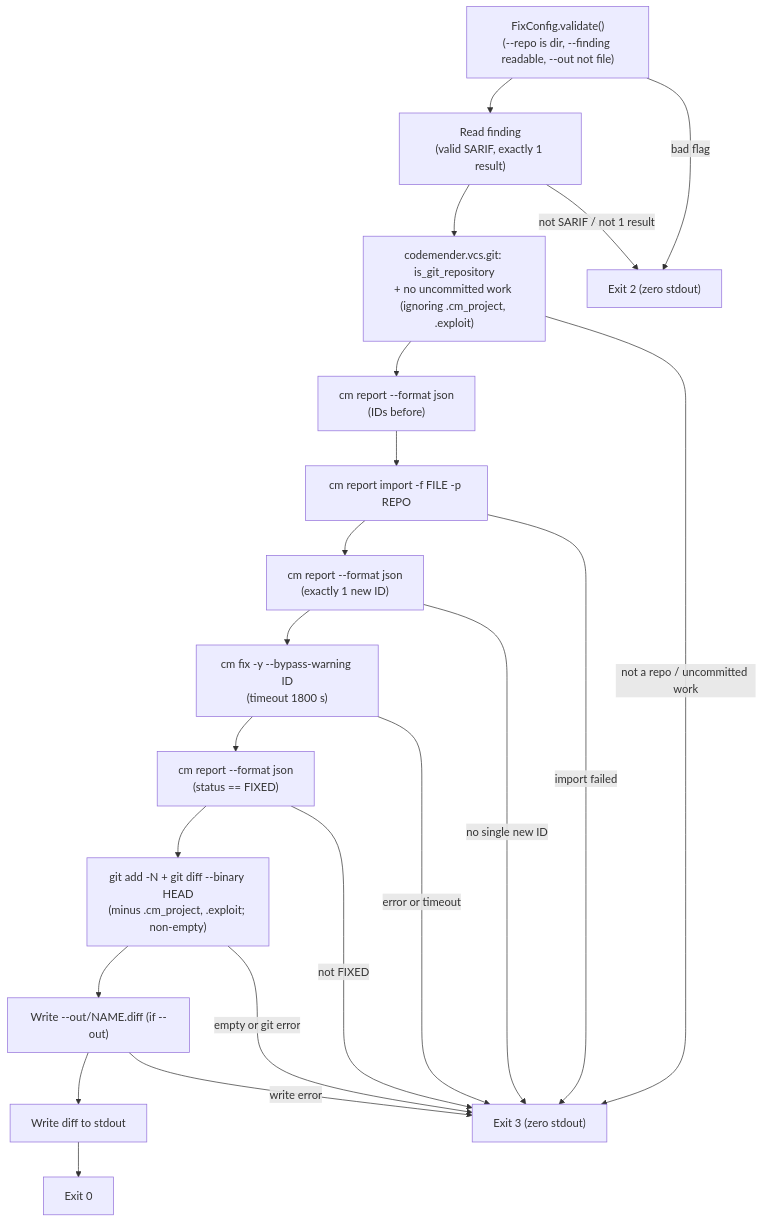
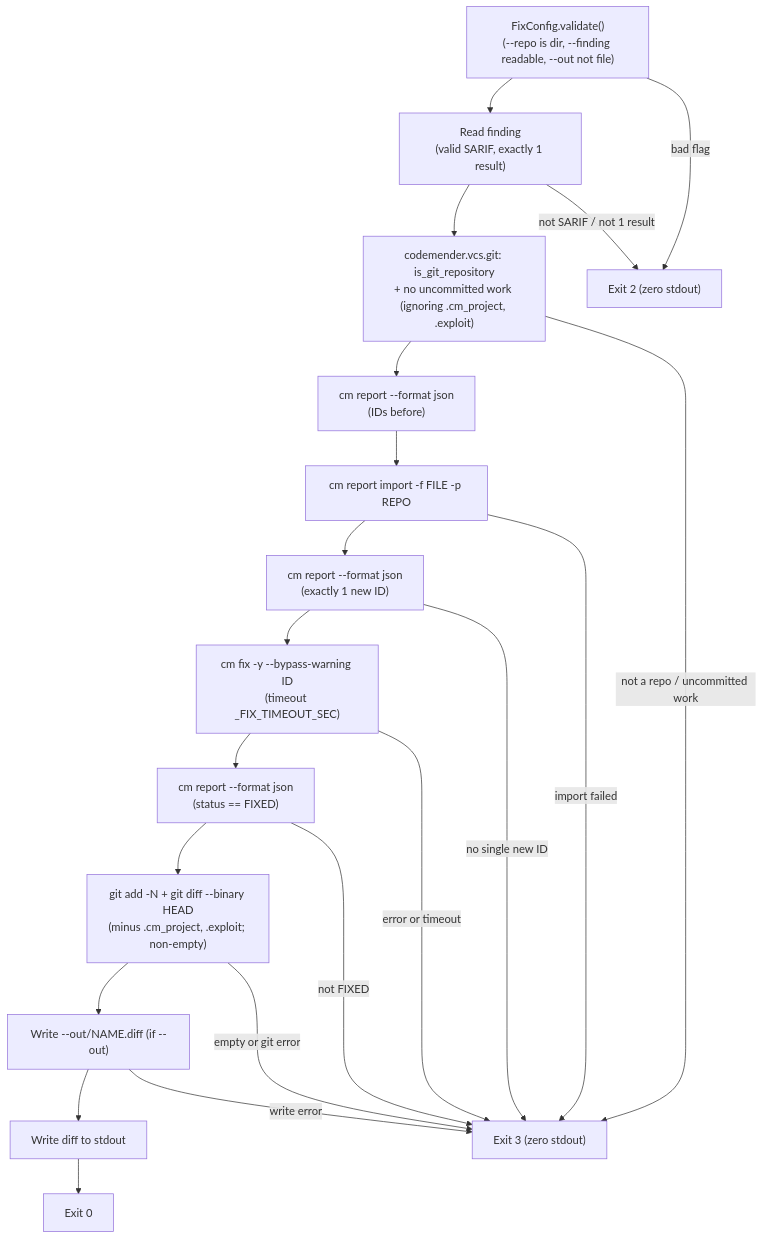
Before and after one commit to avnit/codemender-runner-mcp: the diagram in docs/openspec/specs/fix/design.md, drawn with Mermaid. The commit also changed other lines of this file and 10 other files, not shown here.

````diff
--- a/docs/openspec/specs/fix/design.md
+++ b/docs/openspec/specs/fix/design.md
@@ -152,43 +152,43 @@
 ```mermaid
 flowchart TD
     validate["FixConfig.validate()
 (--repo is dir, --finding readable, --out not file)"]
     parse["Read finding
 (valid SARIF, exactly 1 result)"]
     git["codemender.vcs.git: is_git_repository
 + no uncommitted work (ignoring .cm_project, .exploit)"]
     before["cm report --format json
 (IDs before)"]
     import["cm report import -f FILE -p REPO"]
     after["cm report --format json
 (exactly 1 new ID)"]
     fix["cm fix -y --bypass-warning ID
-(timeout 1800 s)"]
+(timeout _FIX_TIMEOUT_SEC)"]
     status["cm report --format json
 (status == FIXED)"]
     diff["git add -N + git diff --binary HEAD
 (minus .cm_project, .exploit; non-empty)"]
     out["Write --out/NAME.diff (if --out)"]
     emit["Write diff to stdout"]
     exit0["Exit 0"]
     exit2["Exit 2 (zero stdout)"]
     exit3["Exit 3 (zero stdout)"]
 
     validate -->|"bad flag"| exit2
     validate --> parse
     parse -->|"not SARIF / not 1 result"| exit2
     parse --> git
     git -->|"not a repo / uncommitted work"| exit3
     git --> before --> import --> after
     import -->|"import failed"| exit3
     after -->|"no single new ID"| exit3
     after --> fix
     fix -->|"error or timeout"| exit3
     fix --> status
     status -->|"not FIXED"| exit3
     status --> diff
     diff -->|"empty or git error"| exit3
     diff --> out
     out -->|"write error"| exit3
     out --> emit --> exit0
 ```
````
